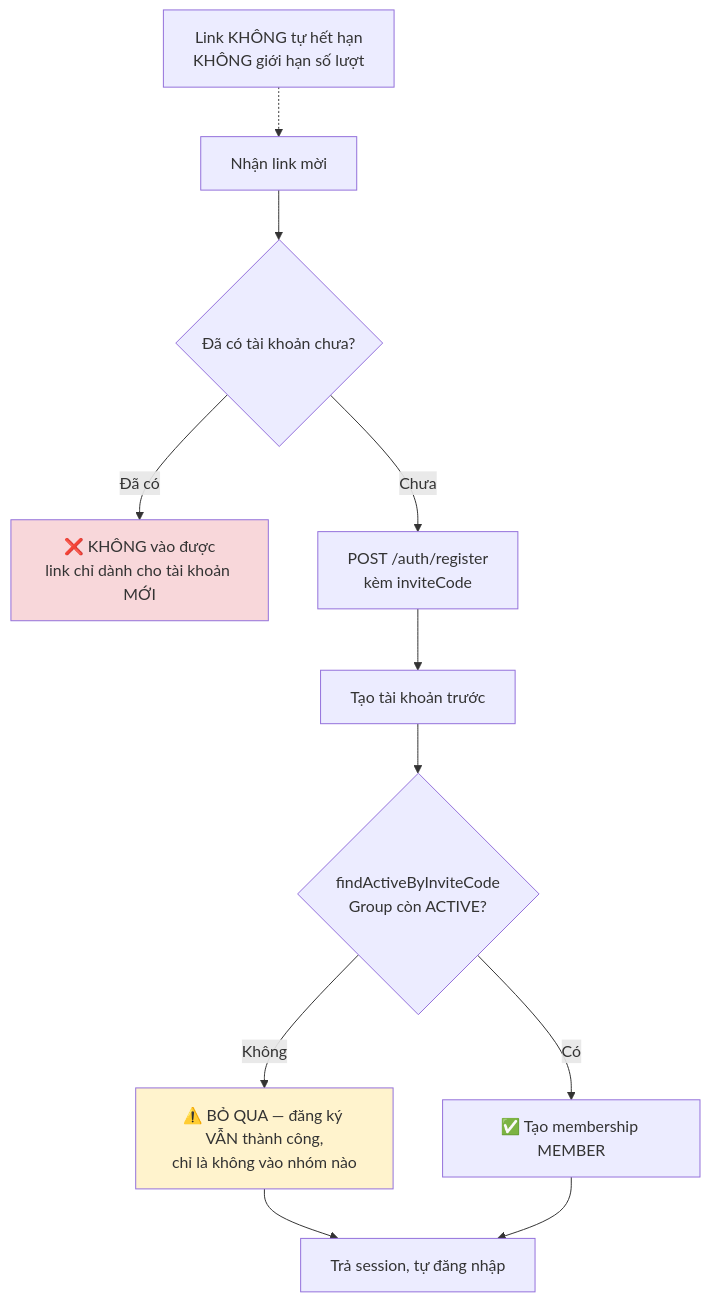
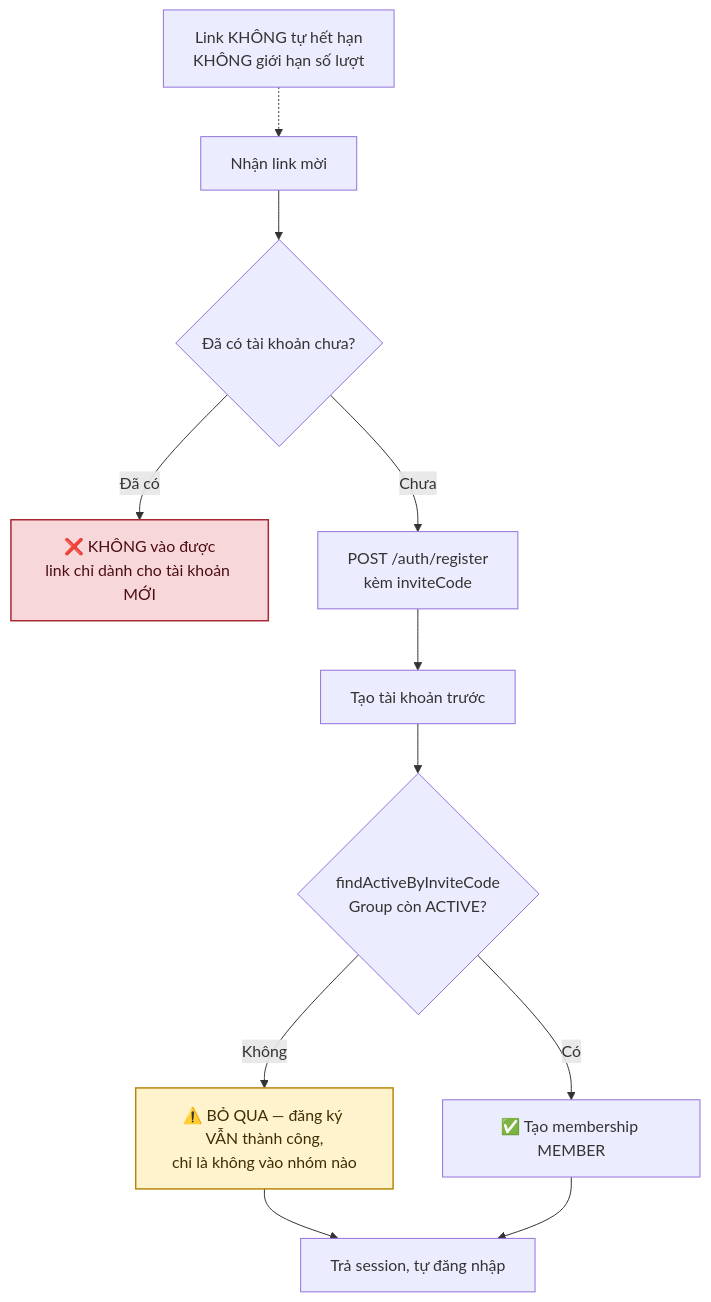
The second of 6 diagrams in docs/diagram/18-group.md (fdshn/trueheart), drawn with Mermaid before and after one commit. The commit also changed other lines of this file and 30 other files, not shown here.

First line of the commit message:
docs(diagram): chữ trong khối tô màu đọc được ở cả giao diện sáng và tối

````diff
--- a/docs/diagram/18-group.md
+++ b/docs/diagram/18-group.md
@@ -48,17 +48,17 @@
 ```mermaid
 flowchart TD
     A[Nhận link mời] --> B{Đã có tài khoản chưa?}
     B -->|Đã có| C["❌ KHÔNG vào được<br/>link chỉ dành cho tài khoản MỚI"]
     B -->|Chưa| D["POST /auth/register<br/>kèm inviteCode"]
     D --> D2[Tạo tài khoản trước]
     D2 --> E{"findActiveByInviteCode<br/>Group còn ACTIVE?"}
     E -->|Không| F["⚠️ BỎ QUA — đăng ký VẪN thành công,<br/>chỉ là không vào nhóm nào"]
     E -->|Có| G[✅ Tạo membership MEMBER]
     F --> H2[Trả session, tự đăng nhập]
     G --> H2
 
     H["Link KHÔNG tự hết hạn<br/>KHÔNG giới hạn số lượt"] -.-> A
 
-    style C fill:#f8d7da
-    style F fill:#fff3cd
+    style C fill:#f8d7da,stroke:#a52834,stroke-width:1.5px,color:#4a0d13
+    style F fill:#fff3cd,stroke:#b8860b,stroke-width:1.5px,color:#3d2f00
 ```
````
